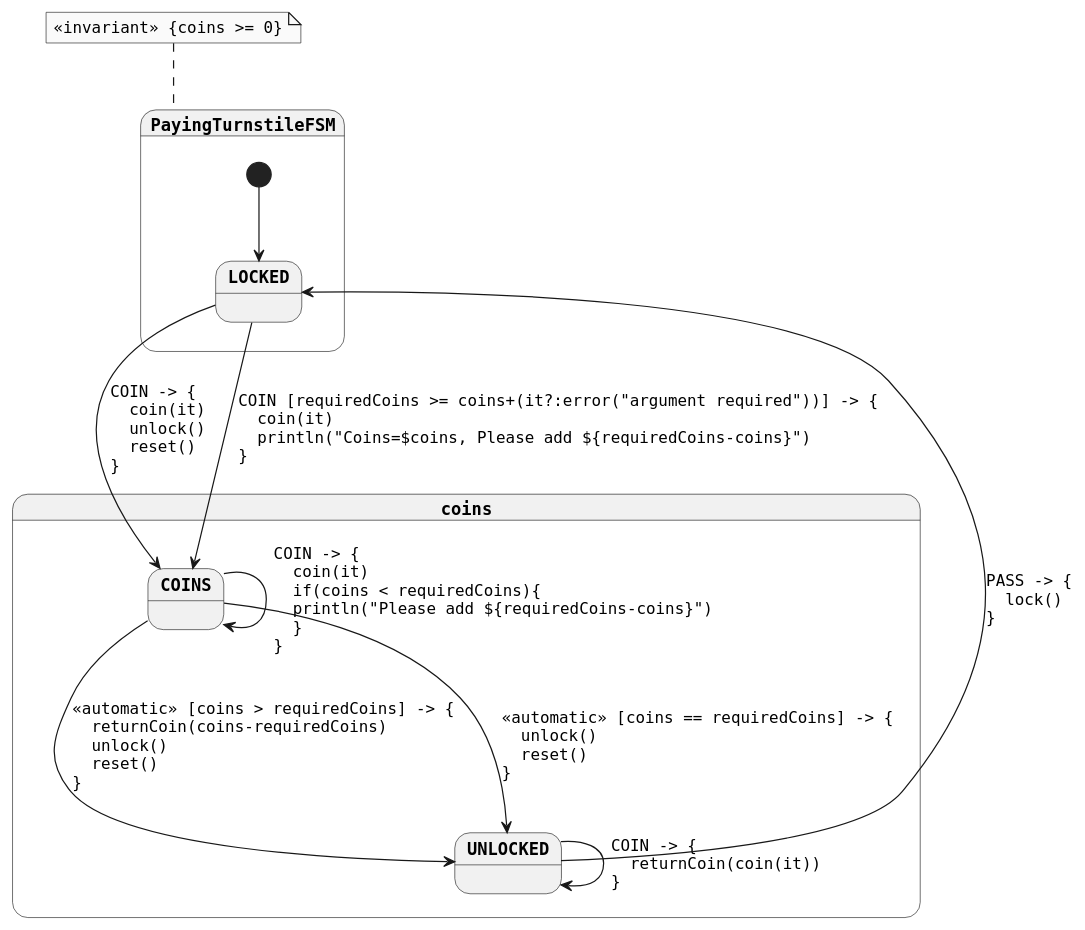
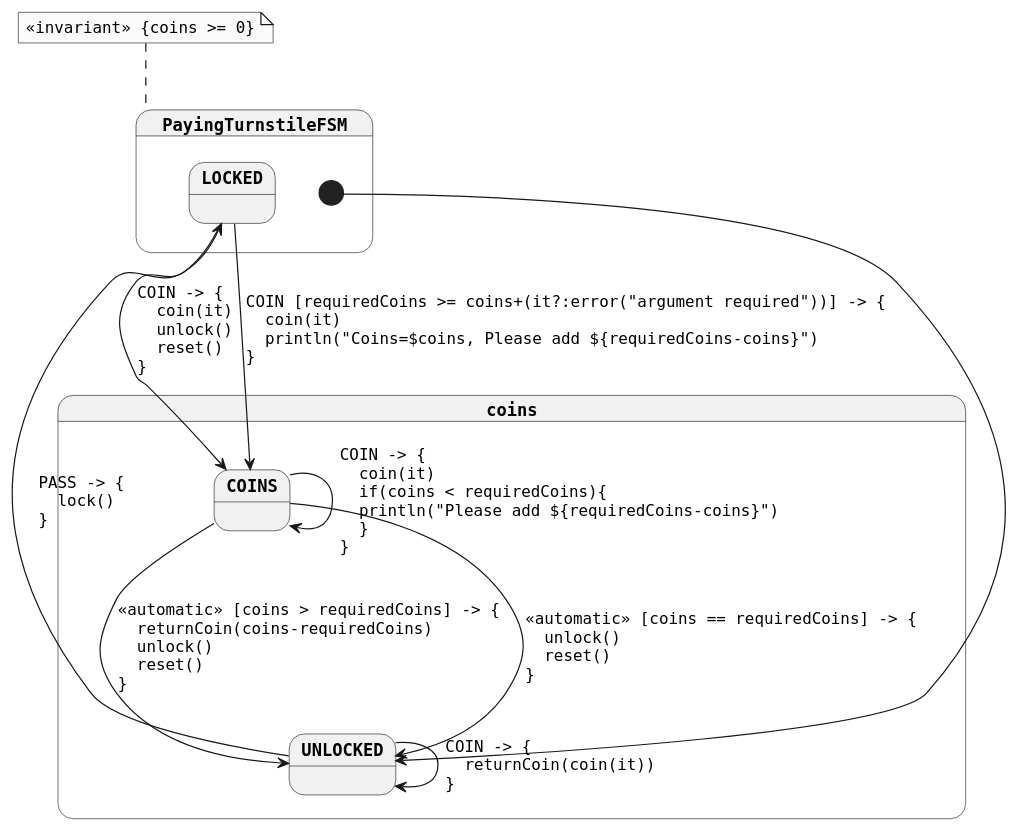
Before and after one commit to open-jumpco/kfsm-viz: the diagram in generated-parsed/paying-turnstile.plantuml, drawn with PlantUML. The commit also changed 9 other files, not shown here.

```diff
--- a/generated-parsed/paying-turnstile.plantuml
+++ b/generated-parsed/paying-turnstile.plantuml
@@ -1,24 +1,24 @@
 @startuml
 skinparam monochrome true
 skinparam StateFontName Helvetica
 skinparam defaultFontName Monospaced
 skinparam defaultFontStyle Bold
 skinparam state {
     FontStyle Bold
 }
 state coins {
 COINS --> UNLOCKED : <<automatic>> [coins > requiredCoins] -> {\l  returnCoin(coins-requiredCoins)\l  unlock()\l  reset()\l}
 COINS --> UNLOCKED : <<automatic>> [coins == requiredCoins] -> {\l  unlock()\l  reset()\l}
 COINS --> COINS : COIN -> {\l  coin(it)\l  if(coins < requiredCoins){\l  println("Please add ${requiredCoins-coins}")\l  }\l}
 }
 state PayingTurnstileFSM {
-[*] --> LOCKED
+[*] --> UNLOCKED
 LOCKED --> COINS : COIN -> {\l  coin(it)\l  unlock()\l  reset()\l}
 LOCKED --> COINS : COIN [requiredCoins >= coins+(it?:error("argument required"))] -> {\l  coin(it)\l  println("Coins=$coins, Please add ${requiredCoins-coins}")\l}
 UNLOCKED --> UNLOCKED : COIN -> {\l  returnCoin(coin(it))\l}
 UNLOCKED --> LOCKED : PASS -> {\l  lock()\l}
 }
 note top of PayingTurnstileFSM
 <<invariant>> {coins >= 0}
 end note
 @enduml
```
